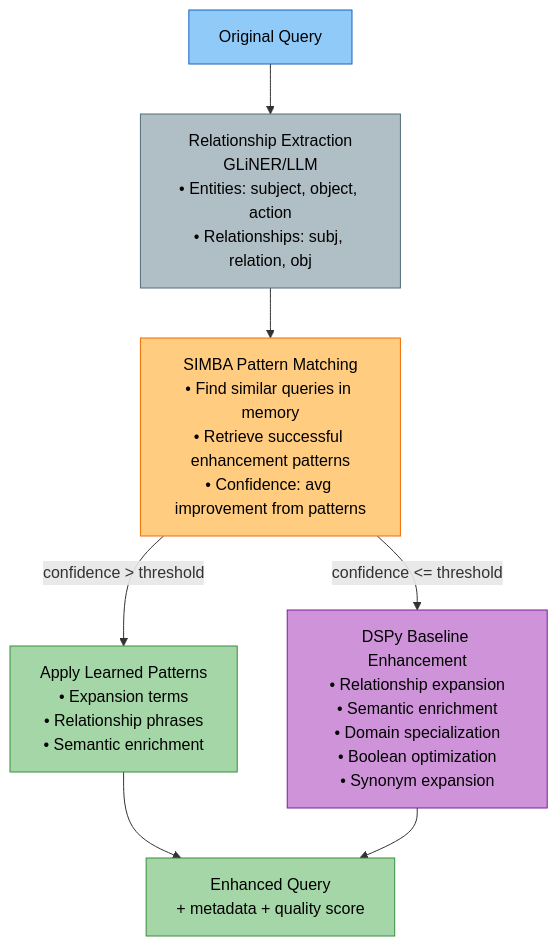
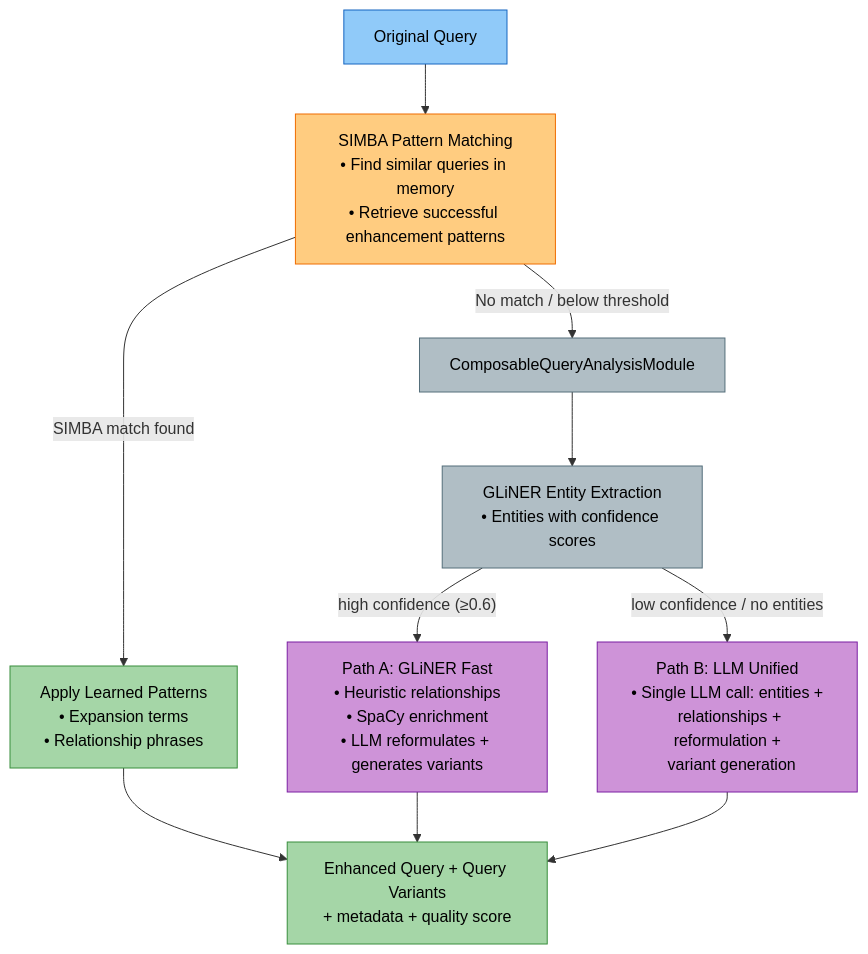
The third of 4 diagrams in docs/modules/routing.md (amit-jain/cogniverse), drawn with Mermaid before and after one commit. The commit also changed other lines of this file and 18 other files, not shown here.

First line of the commit message:
Replace QueryRewriter with composable two-path DSPy query analysis module

````diff
--- a/docs/modules/routing.md
+++ b/docs/modules/routing.md
@@ -108,19 +108,25 @@
 ```mermaid
 flowchart TB
-    OriginalQuery["<span style='color:#000'>Original Query</span>"] --> Extraction["<span style='color:#000'>Relationship Extraction<br/>GLiNER/LLM<br/>• Entities: subject, object, action<br/>• Relationships: subj, relation, obj</span>"]
+    OriginalQuery["<span style='color:#000'>Original Query</span>"] --> SimbaCheck["<span style='color:#000'>SIMBA Pattern Matching<br/>• Find similar queries in memory<br/>• Retrieve successful enhancement patterns</span>"]
 
-    Extraction --> SimbaPattern["<span style='color:#000'>SIMBA Pattern Matching<br/>• Find similar queries in memory<br/>• Retrieve successful enhancement patterns<br/>• Confidence: avg improvement from patterns</span>"]
+    SimbaCheck -->|SIMBA match found| SimbaEnhance["<span style='color:#000'>Apply Learned Patterns<br/>• Expansion terms<br/>• Relationship phrases</span>"]
+    SimbaCheck -->|No match / below threshold| Composable["<span style='color:#000'>ComposableQueryAnalysisModule</span>"]
 
-    SimbaPattern -->|confidence > threshold| SimbaEnhance["<span style='color:#000'>Apply Learned Patterns<br/>• Expansion terms<br/>• Relationship phrases<br/>• Semantic enrichment</span>"]
-    SimbaPattern -->|confidence <= threshold| DspyBaseline["<span style='color:#000'>DSPy Baseline Enhancement<br/>• Relationship expansion<br/>• Semantic enrichment<br/>• Domain specialization<br/>• Boolean optimization<br/>• Synonym expansion</span>"]
+    Composable --> GLiNER["<span style='color:#000'>GLiNER Entity Extraction<br/>• Entities with confidence scores</span>"]
 
-    SimbaEnhance --> Enhanced["<span style='color:#000'>Enhanced Query<br/>+ metadata + quality score</span>"]
-    DspyBaseline --> Enhanced
+    GLiNER -->|"high confidence (≥0.6)"| PathA["<span style='color:#000'>Path A: GLiNER Fast<br/>• Heuristic relationships<br/>• SpaCy enrichment<br/>• LLM reformulates + generates variants</span>"]
+    GLiNER -->|"low confidence / no entities"| PathB["<span style='color:#000'>Path B: LLM Unified<br/>• Single LLM call: entities +<br/>  relationships + reformulation +<br/>  variant generation</span>"]
+
+    SimbaEnhance --> Enhanced["<span style='color:#000'>Enhanced Query + Query Variants<br/>+ metadata + quality score</span>"]
+    PathA --> Enhanced
+    PathB --> Enhanced
 
     style OriginalQuery fill:#90caf9,stroke:#1565c0,color:#000
-    style Extraction fill:#b0bec5,stroke:#546e7a,color:#000
-    style SimbaPattern fill:#ffcc80,stroke:#ef6c00,color:#000
+    style SimbaCheck fill:#ffcc80,stroke:#ef6c00,color:#000
     style SimbaEnhance fill:#a5d6a7,stroke:#388e3c,color:#000
-    style DspyBaseline fill:#ce93d8,stroke:#7b1fa2,color:#000
+    style Composable fill:#b0bec5,stroke:#546e7a,color:#000
+    style GLiNER fill:#b0bec5,stroke:#546e7a,color:#000
+    style PathA fill:#ce93d8,stroke:#7b1fa2,color:#000
+    style PathB fill:#ce93d8,stroke:#7b1fa2,color:#000
     style Enhanced fill:#a5d6a7,stroke:#388e3c,color:#000
 ```
````
